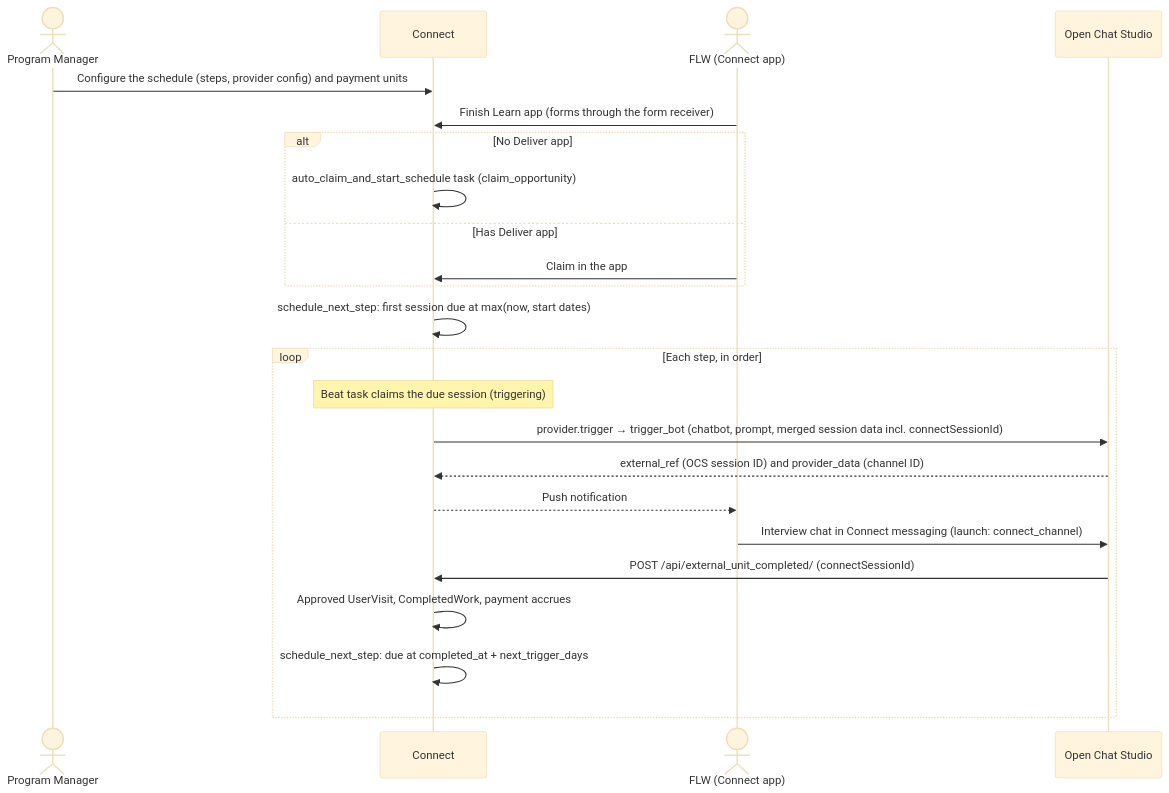
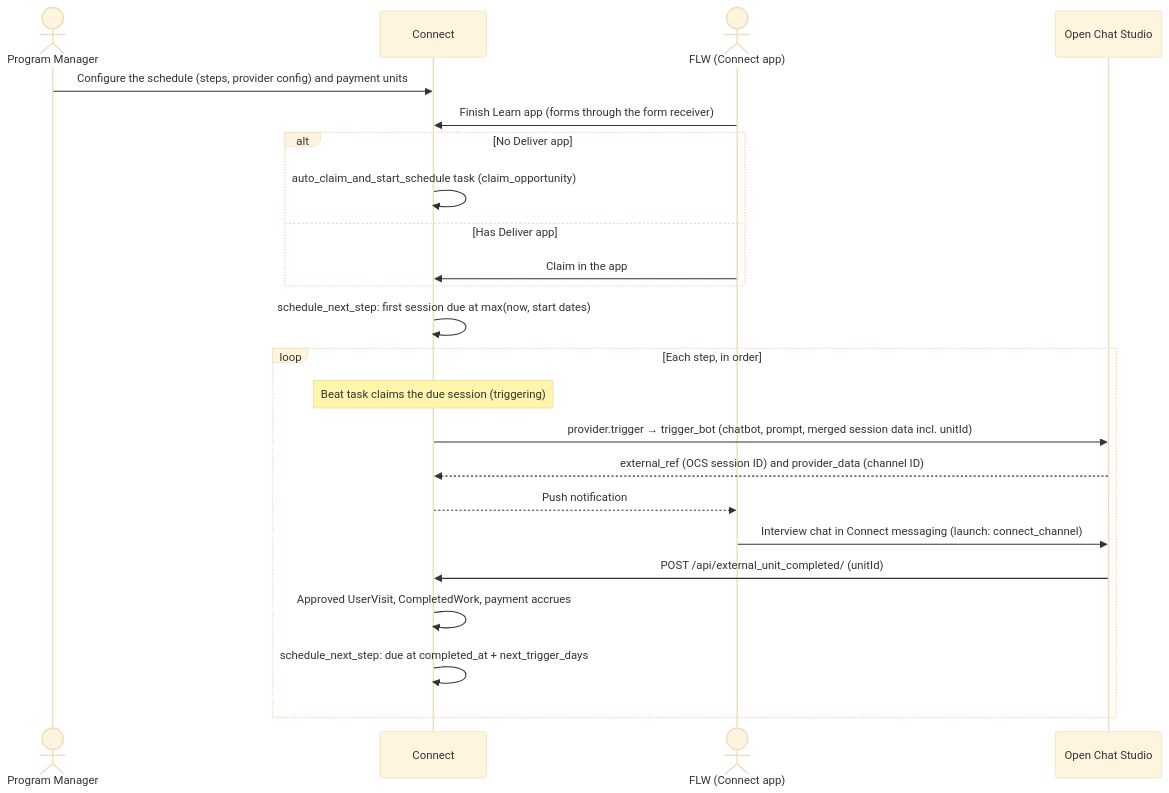
One commit to dimagi/commcare-connect changed the diagram in outputs/CCCT-2861-spec-doc.md. Above: the diagram before and after it, drawn with Mermaid (base theme). The commit also changed other lines of this file, not shown here.

Commit message:
Address spec review: 8 tickets, ExternalServer, forms-only validation, external_id/unitId

````diff
--- a/outputs/CCCT-2861-spec-doc.md
+++ b/outputs/CCCT-2861-spec-doc.md
@@ -43,26 +43,26 @@
 ```mermaid
 sequenceDiagram
     actor PM as Program Manager
     participant C as Connect
     actor FLW as FLW (Connect app)
     participant OCS as Open Chat Studio
 
     PM->>C: Configure the schedule (steps, provider config) and payment units
     FLW->>C: Finish Learn app (forms through the form receiver)
     alt No Deliver app
         C->>C: auto_claim_and_start_schedule task (claim_opportunity)
     else Has Deliver app
         FLW->>C: Claim in the app
     end
     C->>C: schedule_next_step: first session due at max(now, start dates)
     loop Each step, in order
         Note over C: Beat task claims the due session (triggering)
-        C->>OCS: provider.trigger → trigger_bot (chatbot, prompt, merged session data incl. connectSessionId)
+        C->>OCS: provider.trigger → trigger_bot (chatbot, prompt, merged session data incl. unitId)
         OCS-->>C: external_ref (OCS session ID) and provider_data (channel ID)
         C-->>FLW: Push notification
         FLW->>OCS: Interview chat in Connect messaging (launch: connect_channel)
-        OCS->>C: POST /api/external_unit_completed/ (connectSessionId)
+        OCS->>C: POST /api/external_unit_completed/ (unitId)
         C->>C: Approved UserVisit, CompletedWork, payment accrues
         C->>C: schedule_next_step: due at completed_at + next_trigger_days
     end
 ```
````
